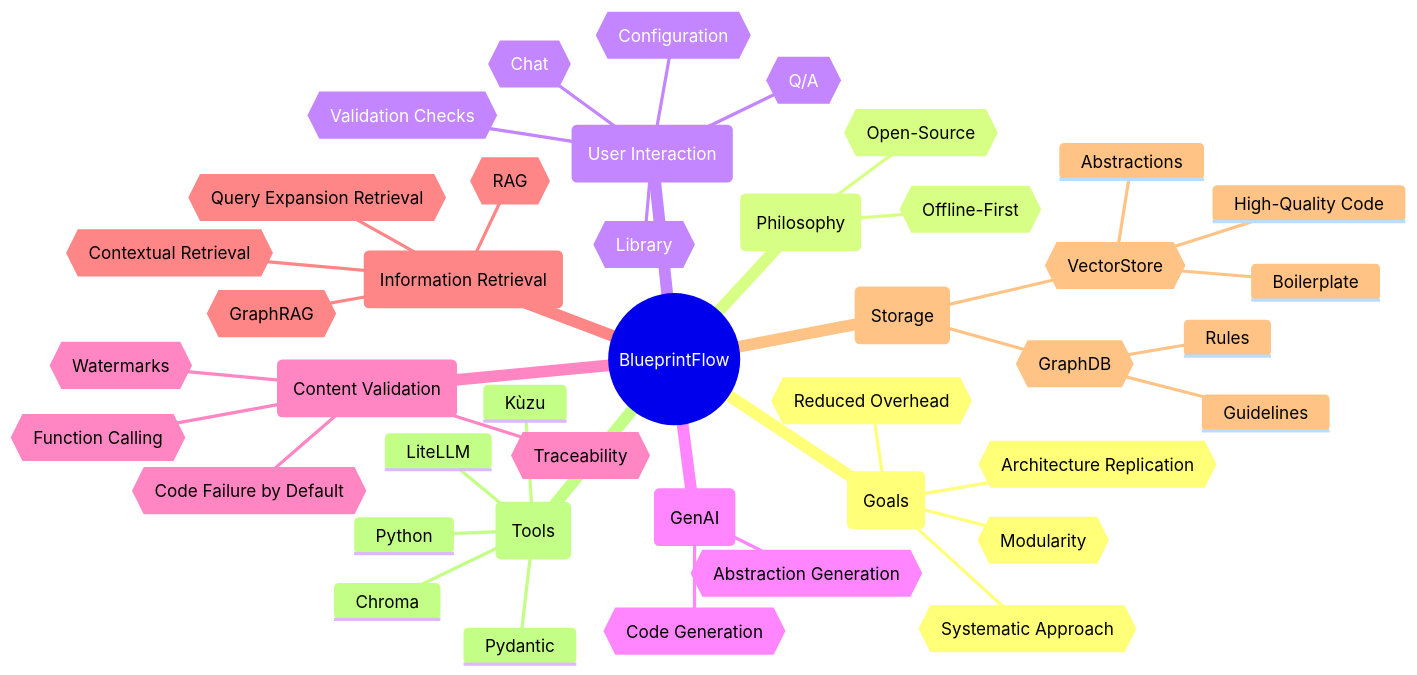
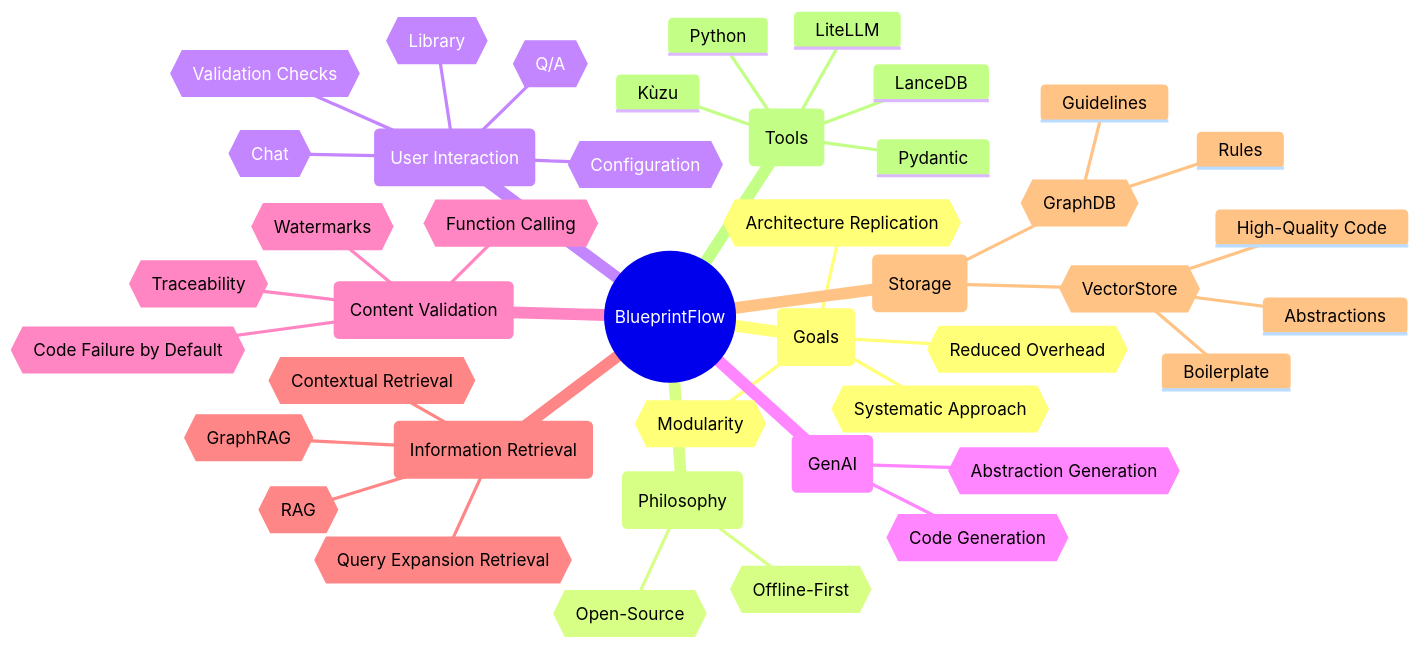
One commit to oceord/blueprintflow changed the diagram in .docs/mindmap.md. Above: the diagram before and after it, drawn with Mermaid. The commit also changed 1 other file, not shown here.

Commit message:
Prefer LanceDB over Chroma

````diff
--- a/.docs/mindmap.md
+++ b/.docs/mindmap.md
@@ -3,45 +3,45 @@
 ```mermaid
 mindmap
     ((BlueprintFlow))
         (Goals)
             {{Architecture Replication}}
             {{Modularity}}
             {{Reduced Overhead}}
             {{Systematic Approach}}
         (Philosophy)
             {{Offline-First}}
             {{Open-Source}}
         (User Interaction)
             {{Chat}}
             {{Configuration}}
             {{Library}}
             {{Q/A}}
             {{Validation Checks}}
         (GenAI)
             {{Abstraction Generation}}
             {{Code Generation}}
         (Content Validation)
             {{Code Failure by Default}}
             {{Function Calling}}
             {{Traceability}}
             {{Watermarks}}
         (Information Retrieval)
             {{Contextual Retrieval}}
             {{GraphRAG}}
             {{Query Expansion Retrieval}}
             {{RAG}}
         (Storage)
             {{GraphDB}}
                 Guidelines
                 Rules
             {{VectorStore}}
                 Abstractions
                 Boilerplate
                 High-Quality Code
         (Tools)
-            Chroma
+            LanceDB
             Kùzu
             LiteLLM
             Pydantic
             Python
 ```
````
